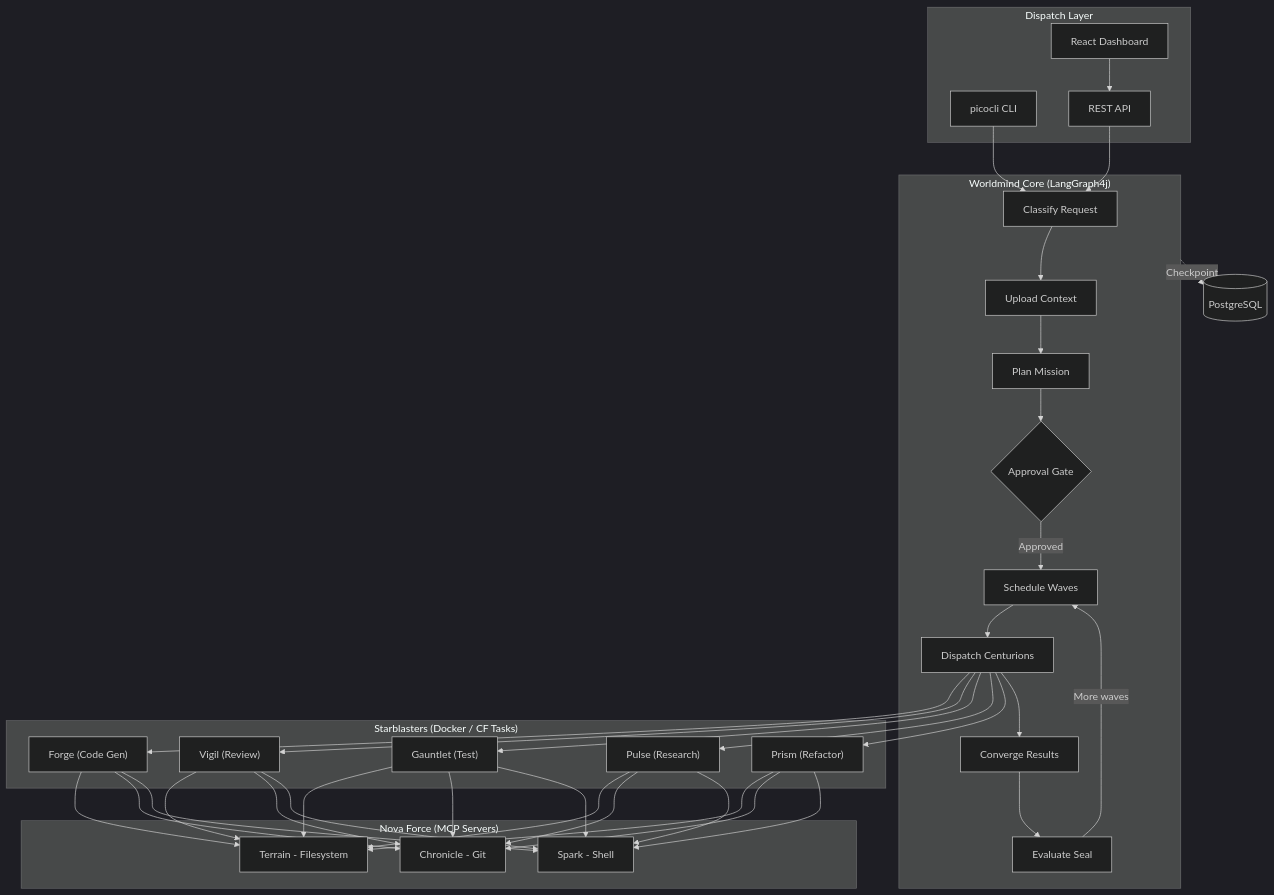
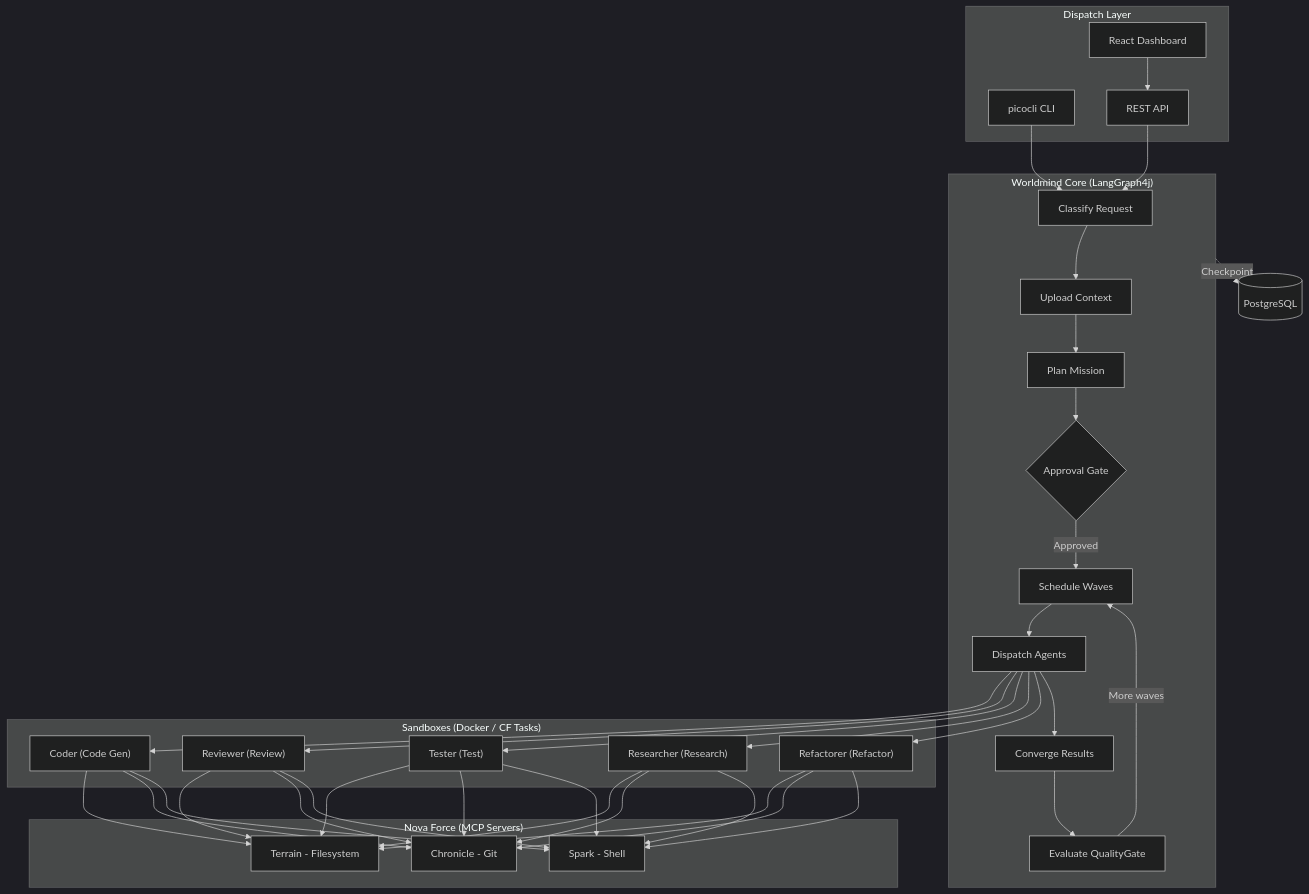
One commit to dbbaskette/Worldmind changed the diagram in README.md. Above: the diagram before and after it, drawn with Mermaid (dark theme). The commit also changed other lines of this file and 211 other files, not shown here.

````diff
--- a/README.md
+++ b/README.md
@@ -53,47 +53,47 @@
 ```mermaid
 flowchart TB
     subgraph Dispatch["Dispatch Layer"]
         CLI[picocli CLI]
         REST[REST API]
         UI[React Dashboard]
     end
 
     subgraph Core["Worldmind Core (LangGraph4j)"]
         Classify[Classify Request]
         Upload[Upload Context]
         Plan[Plan Mission]
         Approve{Approval Gate}
         Schedule[Schedule Waves]
-        Execute[Dispatch Centurions]
+        Execute[Dispatch Agents]
         Converge[Converge Results]
-        Review[Evaluate Seal]
+        Review[Evaluate QualityGate]
     end
 
-    subgraph Starblasters["Starblasters (Docker / CF Tasks)"]
-        Forge["Forge (Code Gen)"]
-        Vigil["Vigil (Review)"]
-        Gauntlet["Gauntlet (Test)"]
-        Pulse["Pulse (Research)"]
-        Prism["Prism (Refactor)"]
+    subgraph Sandboxes["Sandboxes (Docker / CF Tasks)"]
+        Coder["Coder (Code Gen)"]
+        Reviewer["Reviewer (Review)"]
+        Tester["Tester (Test)"]
+        Researcher["Researcher (Research)"]
+        Refactorer["Refactorer (Refactor)"]
     end
 
     subgraph NovaForce["Nova Force (MCP Servers)"]
         Terrain[Terrain - Filesystem]
         Chronicle[Chronicle - Git]
         Spark[Spark - Shell]
     end
 
     DB[(PostgreSQL)]
 
     CLI --> Classify
     REST --> Classify
     UI --> REST
     Classify --> Upload --> Plan --> Approve
     Approve -->|Approved| Schedule
     Schedule --> Execute
-    Execute --> Forge & Vigil & Gauntlet & Pulse & Prism
-    Forge & Vigil & Gauntlet & Pulse & Prism --> Terrain & Chronicle & Spark
+    Execute --> Coder & Reviewer & Tester & Researcher & Refactorer
+    Coder & Reviewer & Tester & Researcher & Refactorer --> Terrain & Chronicle & Spark
     Execute --> Converge --> Review
     Review -->|More waves| Schedule
     Core -.->|Checkpoint| DB
 ```
````
